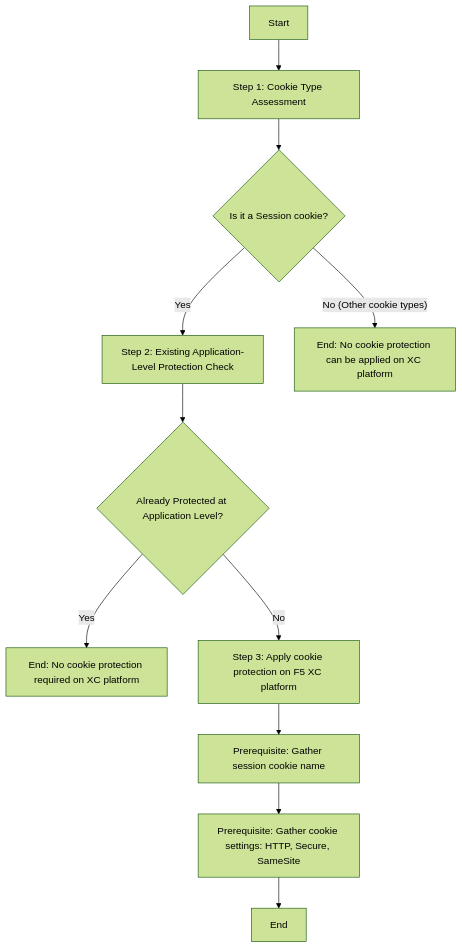
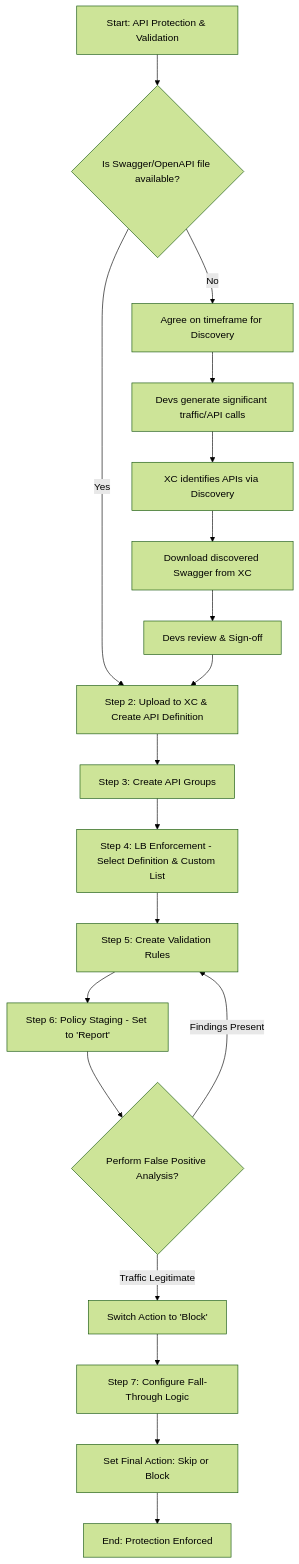
One commit to SarveshWagh/f5xc-flowcharts changed the diagram in cookie-protection.md. Above: the diagram before and after it, drawn with Mermaid (forest theme).

````diff
--- a/cookie-protection.md
+++ b/cookie-protection.md
@@ -1,14 +1,30 @@
 ``` mermaid
 flowchart TD
-    A[Start] --> B[Step 1: Cookie Type Assessment]
-
-    B --> C{Is it a Session cookie?}
-    C -- Yes --> D[Step 2: Existing Application-Level Protection Check]
-    C -- No (Other cookie types) --> E[End: No cookie protection can be applied on XC platform]
-    D --> F{Already Protected at Application Level?}
-    F -- Yes --> G[End: No cookie protection required on XC platform]
-    F -- No --> H[Step 3: Apply cookie protection on F5 XC platform]
-    H --> I[Prerequisite: Gather session cookie name]
-    I --> J[Prerequisite: Gather cookie settings: HTTP, Secure, SameSite]
-    J --> K[End]
+    Start[Start: API Protection & Validation] --> S1{Is Swagger/OpenAPI file available?}
+    
+    %% Path if Swagger is available
+    S1 -- Yes --> S2[Step 2: Upload to XC & Create API Definition]
+    
+    %% Path if Swagger is NOT available (Your new logic)
+    S1 -- No --> Disc1[Agree on timeframe for Discovery]
+    Disc1 --> Disc2[Devs generate significant traffic/API calls]
+    Disc2 --> Disc3[XC identifies APIs via Discovery]
+    Disc3 --> Disc4[Download discovered Swagger from XC]
+    Disc4 --> Disc5[Devs review & Sign-off]
+    Disc5 --> S2
+    
+    %% Standard Flow continues
+    S2 --> S3[Step 3: Create API Groups]
+    S3 --> S4[Step 4: LB Enforcement - Select Definition & Custom List]
+    
+    S4 --> S5[Step 5: Create Validation Rules]
+    S5 --> S6[Step 6: Policy Staging - Set to 'Report']
+    
+    S6 --> FP{Perform False Positive Analysis?}
+    FP -- Findings Present --> S5
+    FP -- Traffic Legitimate --> S6B[Switch Action to 'Block']
+    
+    S6B --> S7[Step 7: Configure Fall-Through Logic]
+    S7 --> FT_Final[Set Final Action: Skip or Block]
+    FT_Final --> End[End: Protection Enforced]
 ```
````
